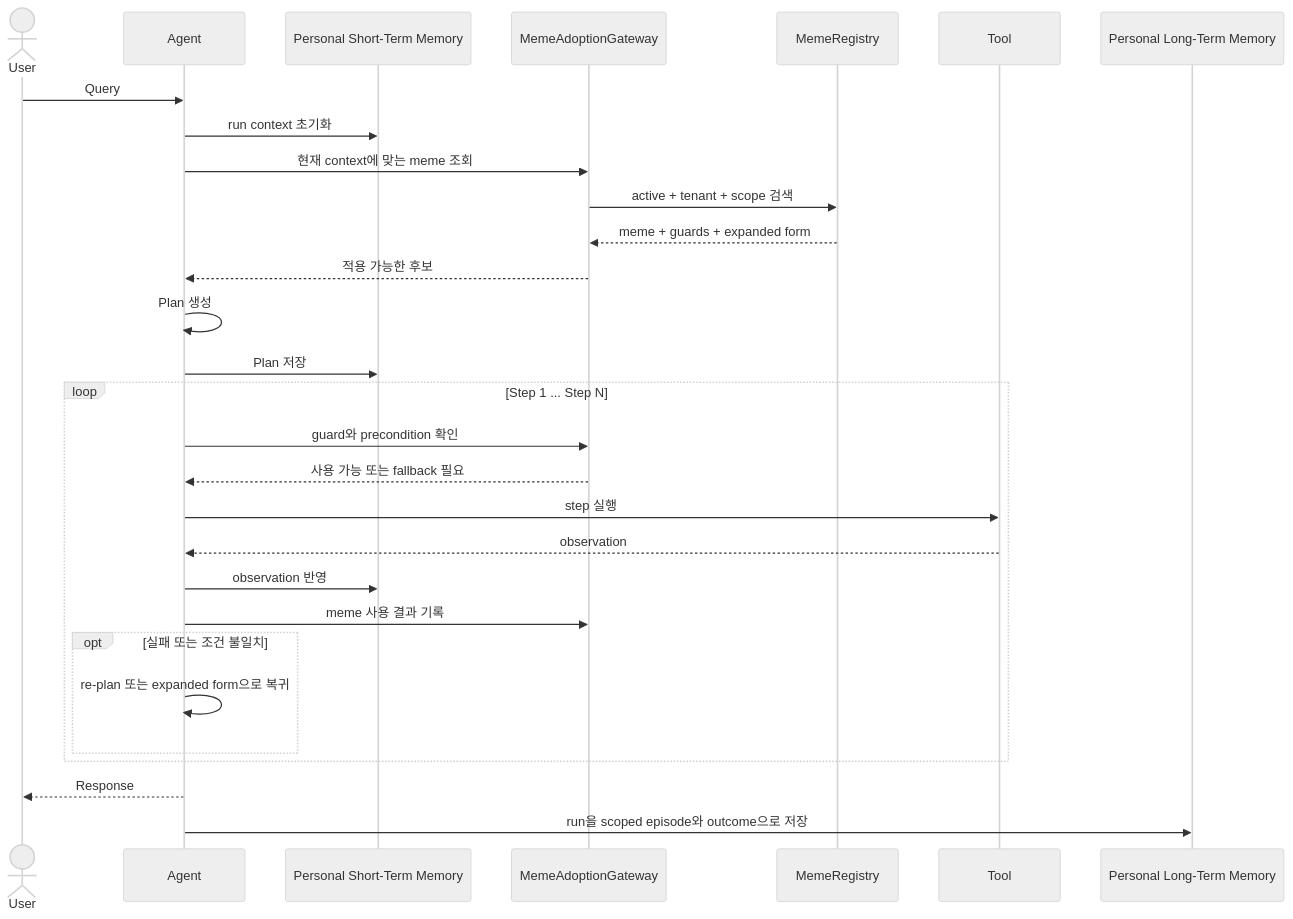
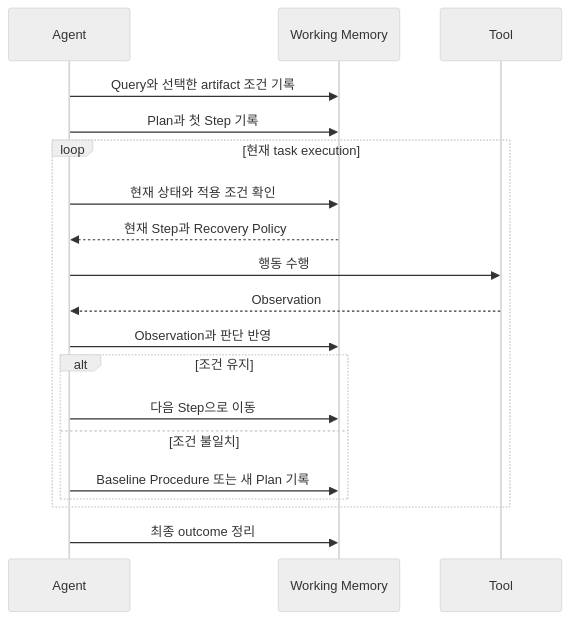
One commit to hkjeon13/mnemome changed the sixth of 29 diagrams in develop/cultural-memory-hivemind.md. Above: the diagram before and after it, drawn with Mermaid (neutral theme). The commit also changed other lines of this file and 60 other files, not shown here.

````diff
--- a/develop/cultural-memory-hivemind.md
+++ b/develop/cultural-memory-hivemind.md
@@ -120,34 +364,24 @@
 ```mermaid
 sequenceDiagram
-    actor User
     participant Agent
-    participant Working as Personal Short-Term Memory
-    participant Gateway as MemeAdoptionGateway
-    participant Registry as MemeRegistry
+    participant Short as Working Memory
     participant Tool
-    participant Memory as Personal Long-Term Memory
 
-    User->>Agent: Query
-    Agent->>Working: run context 초기화
-    Agent->>Gateway: 현재 context에 맞는 meme 조회
-    Gateway->>Registry: active + tenant + scope 검색
-    Registry-->>Gateway: meme + guards + expanded form
-    Gateway-->>Agent: 적용 가능한 후보
-    Agent->>Agent: Plan 생성
-    Agent->>Working: Plan 저장
+    Agent->>Short: Query와 선택한 artifact 조건 기록
+    Agent->>Short: Plan과 첫 Step 기록
 
-    loop Step 1 ... Step N
-        Agent->>Gateway: guard와 precondition 확인
-        Gateway-->>Agent: 사용 가능 또는 fallback 필요
-        Agent->>Tool: step 실행
-        Tool-->>Agent: observation
-        Agent->>Working: observation 반영
-        Agent->>Gateway: meme 사용 결과 기록
-        opt 실패 또는 조건 불일치
-            Agent->>Agent: re-plan 또는 expanded form으로 복귀
+    loop 현재 task execution
+        Agent->>Short: 현재 상태와 적용 조건 확인
+        Short-->>Agent: 현재 Step과 Recovery Policy
+        Agent->>Tool: 행동 수행
+        Tool-->>Agent: Observation
+        Agent->>Short: Observation과 판단 반영
+        alt 조건 유지
+            Agent->>Short: 다음 Step으로 이동
+        else 조건 불일치
+            Agent->>Short: Baseline Procedure 또는 새 Plan 기록
         end
     end
 
-    Agent-->>User: Response
-    Agent->>Memory: run을 scoped episode와 outcome으로 저장
+    Agent->>Short: 최종 outcome 정리
 ```
````
